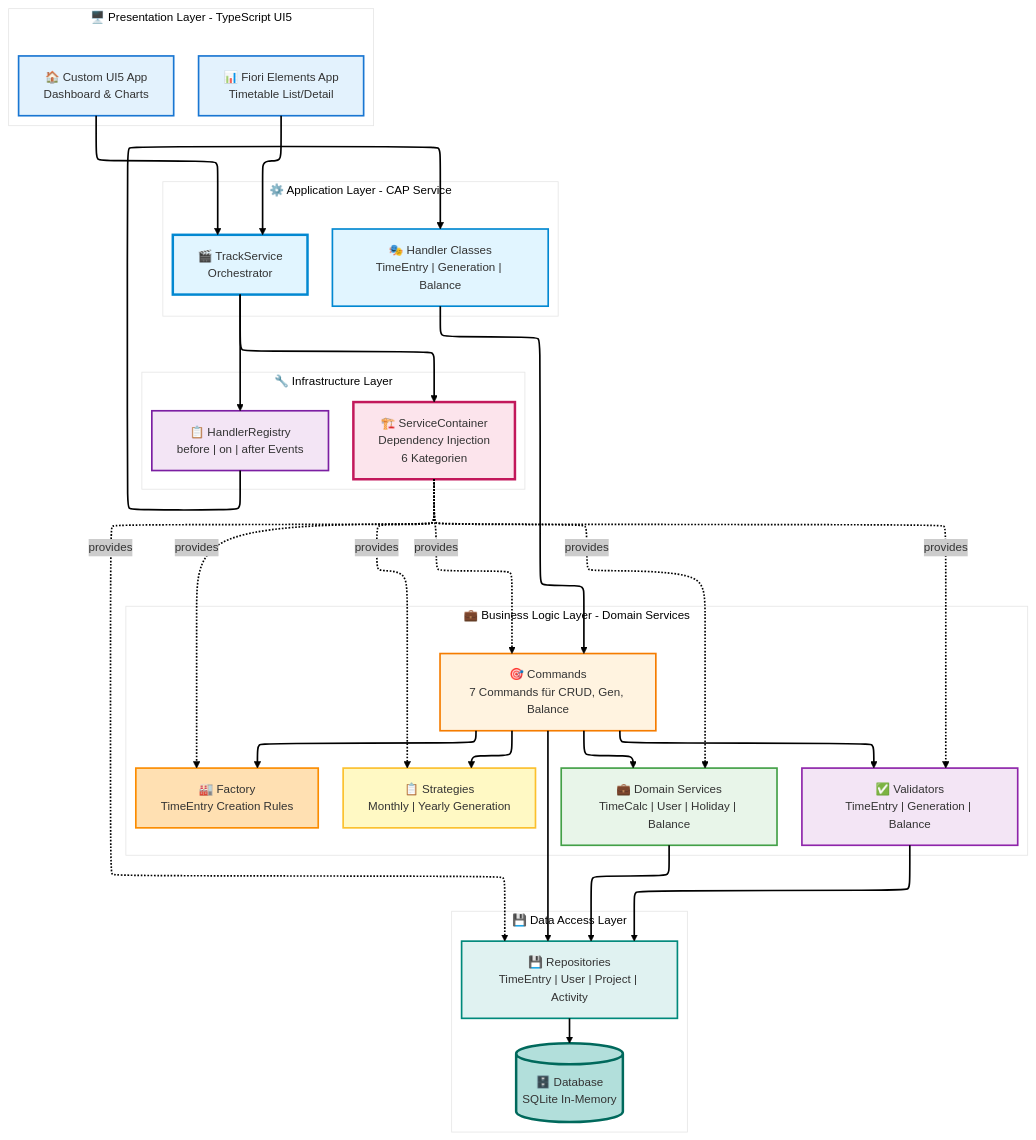
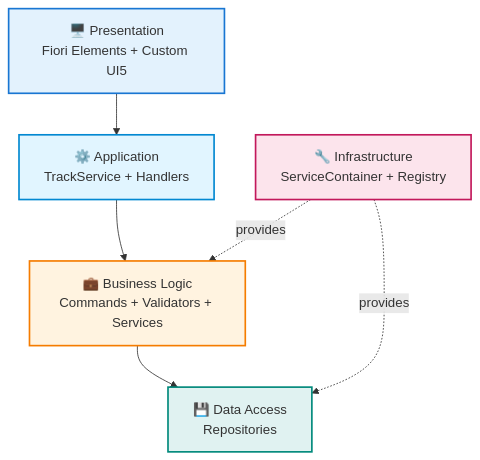
One commit to nimble-123/cap-fiori-timetracking changed the diagram in README.md. Above: the diagram before and after it, drawn with Mermaid. The commit also changed other lines of this file and 3 other files, not shown here.

````diff
--- a/README.md
+++ b/README.md
@@ -20,87 +47,20 @@
 ```mermaid
----
-config:
-  layout: elk
-  elk:
-    mergeEdges: true
-    nodePlacementStrategy: LINEAR_SEGMENTS
-  theme: neo
----
 graph TB
-    subgraph "🖥️ Presentation Layer - TypeScript UI5"
-        UI1["📊 Fiori Elements App<br/>Timetable List/Detail"]
-        UI2["🏠 Custom UI5 App<br/>Dashboard & Charts"]
-    end
+    UI["🖥️ Presentation<br/>Fiori Elements + Custom UI5"]
+    APP["⚙️ Application<br/>TrackService + Handlers"]
+    BIZ["💼 Business Logic<br/>Commands + Validators + Services"]
+    DATA["💾 Data Access<br/>Repositories"]
+    INFRA["🔧 Infrastructure<br/>ServiceContainer + Registry"]
 
-    subgraph "⚙️ Application Layer - CAP Service"
-        SVC["🎬 TrackService<br/>Orchestrator"]
-        HANDLERS["🎭 Handler Classes<br/>TimeEntry | Generation | Balance"]
-    end
+    UI --> APP
+    APP --> BIZ
+    BIZ --> DATA
+    INFRA -.provides.-> BIZ
+    INFRA -.provides.-> DATA
 
-    subgraph "💼 Business Logic Layer - Domain Services"
-        CMD["🎯 Commands<br/>7 Commands für CRUD, Gen, Balance"]
-        VAL["✅ Validators<br/>TimeEntry | Generation | Balance"]
-        SRV["💼 Domain Services<br/>TimeCalc | User | Holiday | Balance"]
-        STRAT["📋 Strategies<br/>Monthly | Yearly Generation"]
-        FACT["🏭 Factory<br/>TimeEntry Creation Rules"]
-    end
-
-    subgraph "💾 Data Access Layer"
-        REPO["💾 Repositories<br/>TimeEntry | User | Project | Activity"]
-        DB[("🗄️ Database<br/>SQLite In-Memory")]
-    end
-
-    subgraph "🔧 Infrastructure Layer"
-        CONTAINER["🏗️ ServiceContainer<br/>Dependency Injection<br/>6 Kategorien"]
-        REGISTRY["📋 HandlerRegistry<br/>before | on | after Events"]
-    end
-
-    %% UI to Service
-    UI1 --> SVC
-    UI2 --> SVC
-
-    %% Service Infrastructure
-    SVC --> REGISTRY
-    REGISTRY --> HANDLERS
-    SVC --> CONTAINER
-
-    %% Handler to Business Logic
-    HANDLERS --> CMD
-
-    %% Command Dependencies
-    CMD --> VAL
-    CMD --> SRV
-    CMD --> STRAT
-    CMD --> FACT
-    CMD --> REPO
-
-    %% Services to Repos
-    SRV --> REPO
-    VAL --> REPO
-
-    %% Repos to DB
-    REPO --> DB
-
-    %% Container provides everything
-    CONTAINER -.provides.-> CMD
-    CONTAINER -.provides.-> VAL
-    CONTAINER -.provides.-> SRV
-    CONTAINER -.provides.-> STRAT
-    CONTAINER -.provides.-> FACT
-    CONTAINER -.provides.-> REPO
-
-    %% Styling
-    style SVC fill:#e1f5ff,stroke:#0288d1,stroke-width:3px
-    style HANDLERS fill:#e1f5ff,stroke:#0288d1,stroke-width:2px
-    style CMD fill:#fff3e0,stroke:#f57c00,stroke-width:2px
-    style VAL fill:#f3e5f5,stroke:#8e24aa,stroke-width:2px
-    style SRV fill:#e8f5e9,stroke:#43a047,stroke-width:2px
-    style STRAT fill:#fff9c4,stroke:#fbc02d,stroke-width:2px
-    style FACT fill:#ffe0b2,stroke:#fb8c00,stroke-width:2px
-    style REPO fill:#e0f2f1,stroke:#00897b,stroke-width:2px
-    style DB fill:#b2dfdb,stroke:#00695c,stroke-width:3px
-    style CONTAINER fill:#fce4ec,stroke:#c2185b,stroke-width:3px
-    style REGISTRY fill:#f3e5f5,stroke:#7b1fa2,stroke-width:2px
-    style UI1 fill:#e3f2fd,stroke:#1976d2,stroke-width:2px
-    style UI2 fill:#e3f2fd,stroke:#1976d2,stroke-width:2px
+    style UI fill:#e3f2fd,stroke:#1976d2,stroke-width:2px
+    style APP fill:#e1f5ff,stroke:#0288d1,stroke-width:2px
+    style BIZ fill:#fff3e0,stroke:#f57c00,stroke-width:2px
+    style DATA fill:#e0f2f1,stroke:#00897b,stroke-width:2px
+    style INFRA fill:#fce4ec,stroke:#c2185b,stroke-width:2px
 ```
````
